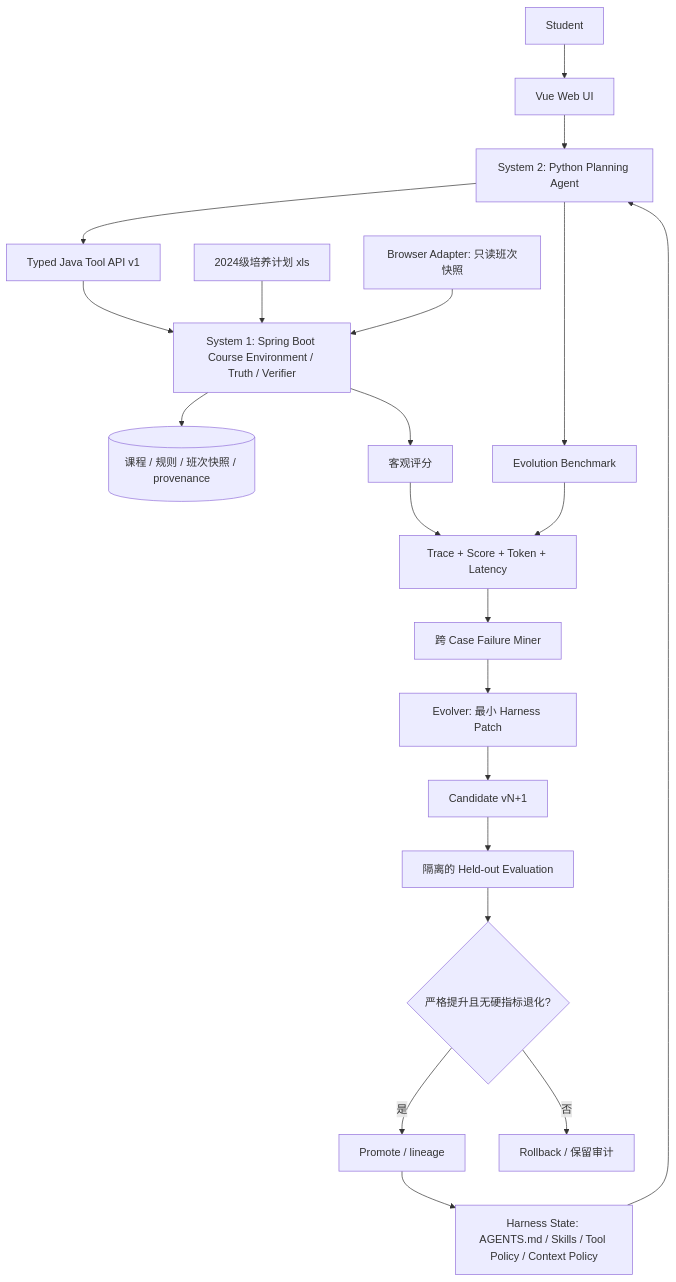
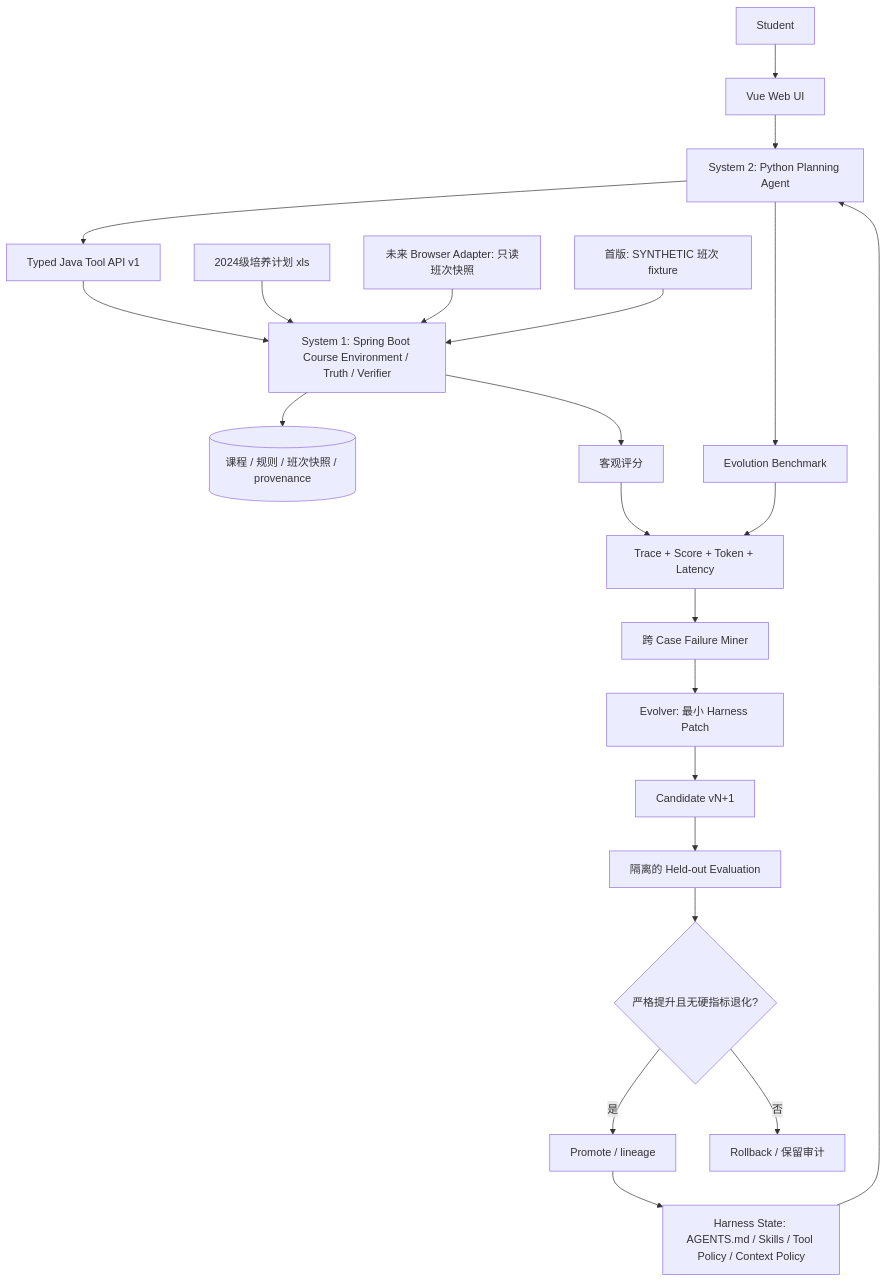
The diagram in docs/diagrams/layers.mmd (HelicasECoode42/CoursePilot-Evo), drawn with Mermaid before and after one commit. The commit also changed 23 other files, not shown here.

```diff
--- a/docs/diagrams/layers.mmd
+++ b/docs/diagrams/layers.mmd
@@ -1,21 +1,22 @@
 flowchart TB
   STUDENT[Student] --> UI[Vue Web UI]
   UI --> S2[System 2: Python Planning Agent]
   HS[Harness State: AGENTS.md / Skills / Tool Policy / Context Policy] --> S2
   S2 --> TOOL[Typed Java Tool API v1]
   TOOL --> S1[System 1: Spring Boot Course Environment / Truth / Verifier]
   XLS[2024级培养计划 xls] --> S1
-  BA[Browser Adapter: 只读班次快照] --> S1
+  BA[未来 Browser Adapter: 只读班次快照] --> S1
+  FIX[首版: SYNTHETIC 班次 fixture] --> S1
   S1 --> DB[(课程 / 规则 / 班次快照 / provenance)]
   S1 --> SCORE[客观评分]
   S2 --> BENCH[Evolution Benchmark]
   BENCH --> TRACE[Trace + Score + Token + Latency]
   SCORE --> TRACE
   TRACE --> MINER[跨 Case Failure Miner]
   MINER --> EVOLVER[Evolver: 最小 Harness Patch]
   EVOLVER --> CAND[Candidate vN+1]
   CAND --> HOLD[隔离的 Held-out Evaluation]
   HOLD --> GATE{严格提升且无硬指标退化?}
   GATE -->|是| PROMOTE[Promote / lineage]
   GATE -->|否| ROLLBACK[Rollback / 保留审计]
   PROMOTE --> HS
```
